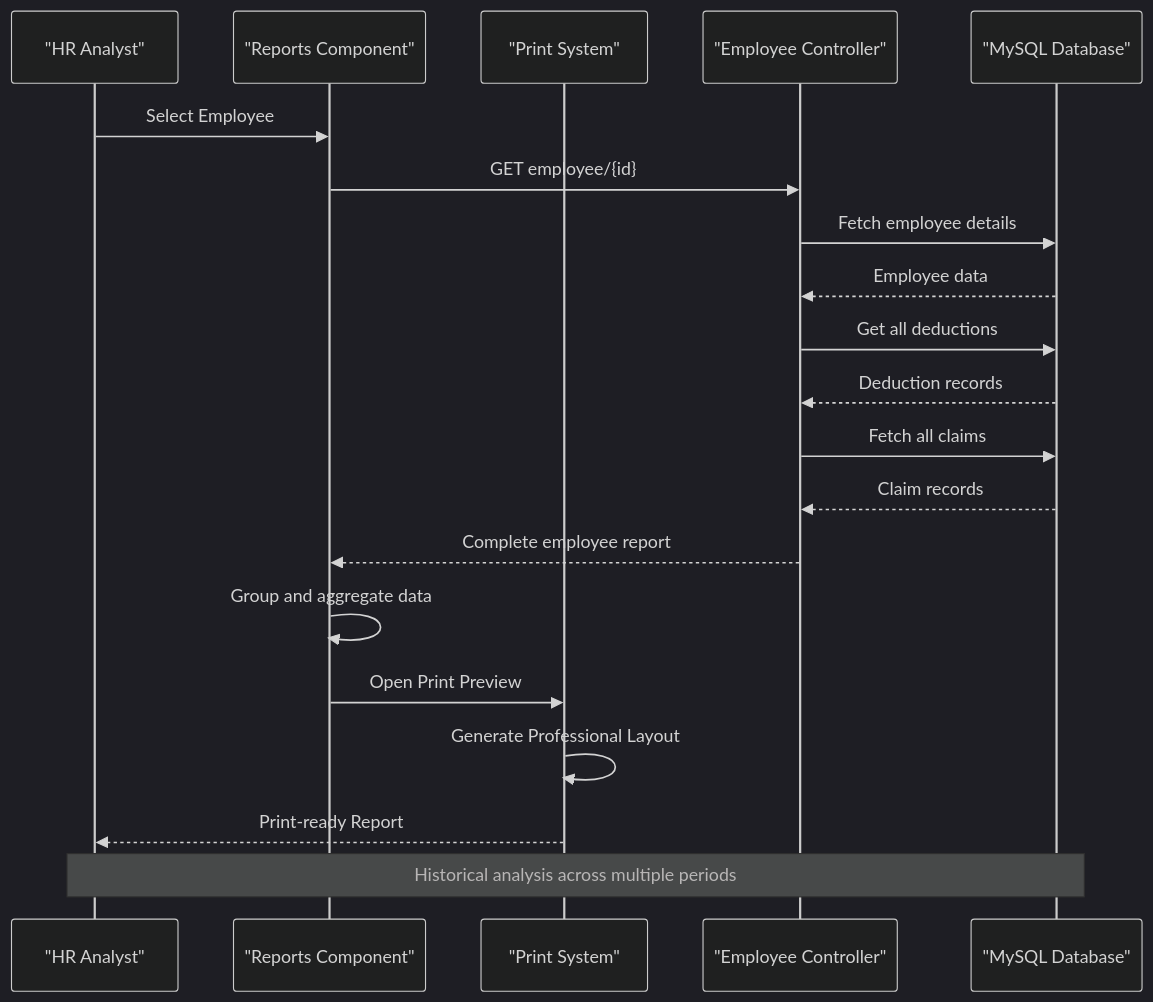
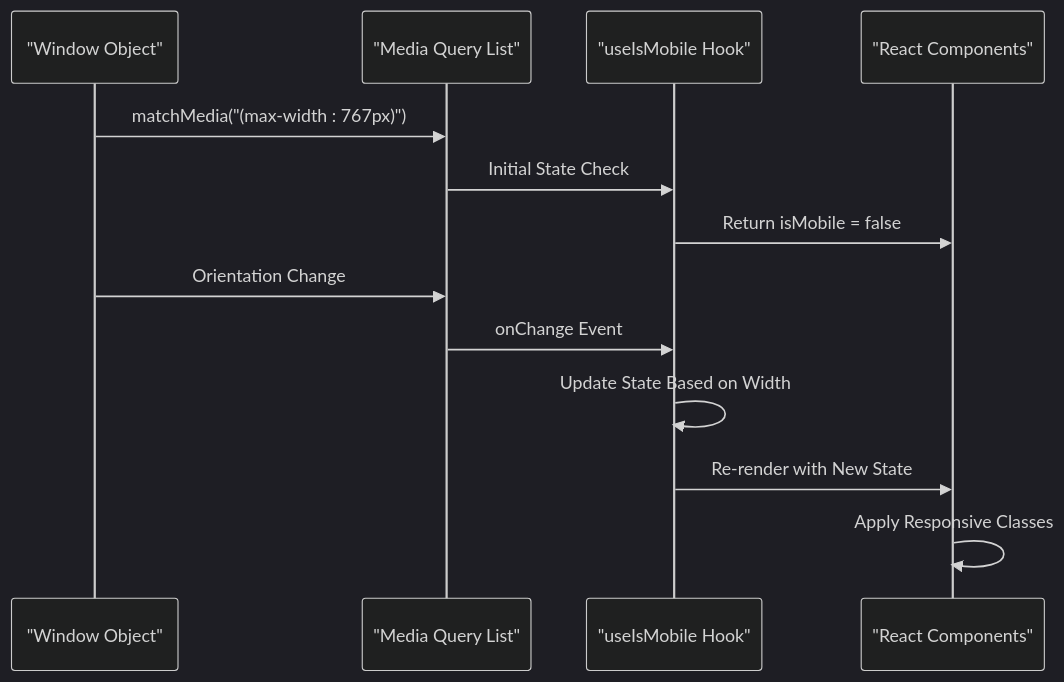
One commit to vincet0t15/template changed diagram 11 of 16 in .qoder/repowiki/en/content/Employee Management/Employee Reports Dashboard.md. Above: the diagram before and after it, drawn with Mermaid (dark theme). The commit also changed other lines of this file and 6 other files, not shown here.

````diff
--- a/.qoder/repowiki/en/content/Employee Management/Employee Reports Dashboard.md
+++ b/.qoder/repowiki/en/content/Employee Management/Employee Reports Dashboard.md
@@ -291,22 +542,15 @@
 ```mermaid
 sequenceDiagram
-participant User as "HR Analyst"
-participant ReportsPage as "Reports Component"
-participant PrintSystem as "Print System"
-participant Backend as "Employee Controller"
-participant Database as "MySQL Database"
-User->>ReportsPage : Select Employee
-ReportsPage->>Backend : GET employee/{id}
-Backend->>Database : Fetch employee details
-Database-->>Backend : Employee data
-Backend->>Database : Get all deductions
-Database-->>Backend : Deduction records
-Backend->>Database : Fetch all claims
-Database-->>Backend : Claim records
-Backend-->>ReportsPage : Complete employee report
-ReportsPage->>ReportsPage : Group and aggregate data
-ReportsPage->>PrintSystem : Open Print Preview
-PrintSystem->>PrintSystem : Generate Professional Layout
-PrintSystem-->>User : Print-ready Report
-Note over User,Database : Historical analysis across multiple periods
+participant Window as "Window Object"
+participant MediaQuery as "Media Query List"
+participant Hook as "useIsMobile Hook"
+participant Components as "React Components"
+Window->>MediaQuery : matchMedia("(max-width : 767px)")
+MediaQuery->>Hook : Initial State Check
+Hook->>Components : Return isMobile = false
+Window->>MediaQuery : Orientation Change
+MediaQuery->>Hook : onChange Event
+Hook->>Hook : Update State Based on Width
+Hook->>Components : Re-render with New State
+Components->>Components : Apply Responsive Classes
 ```
````
